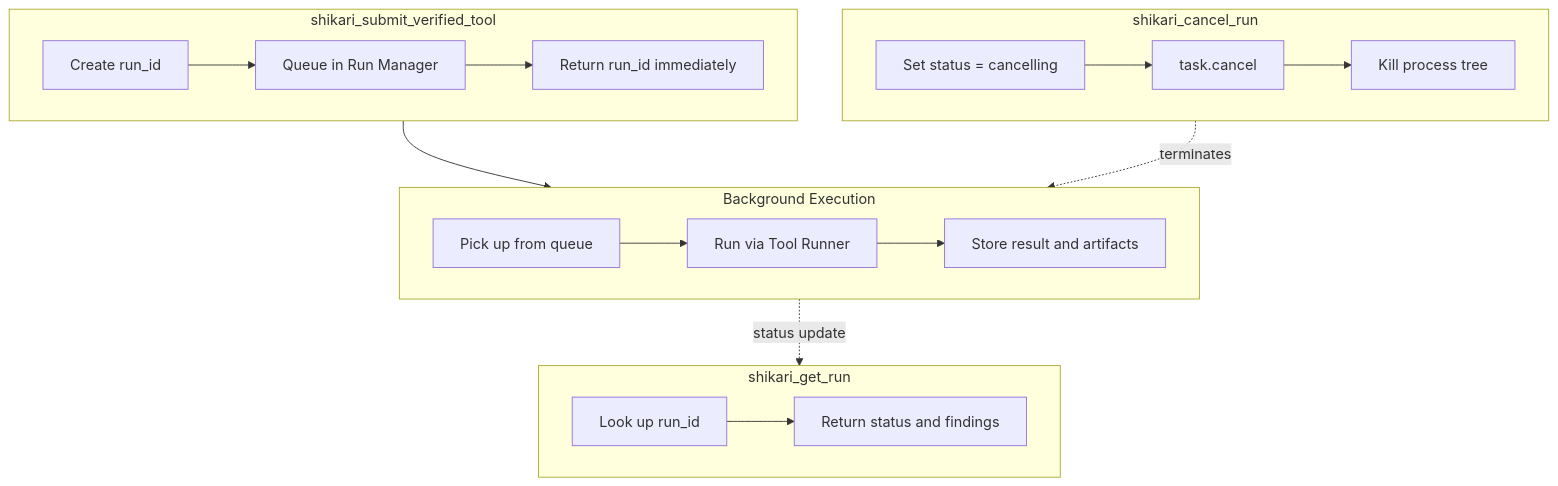
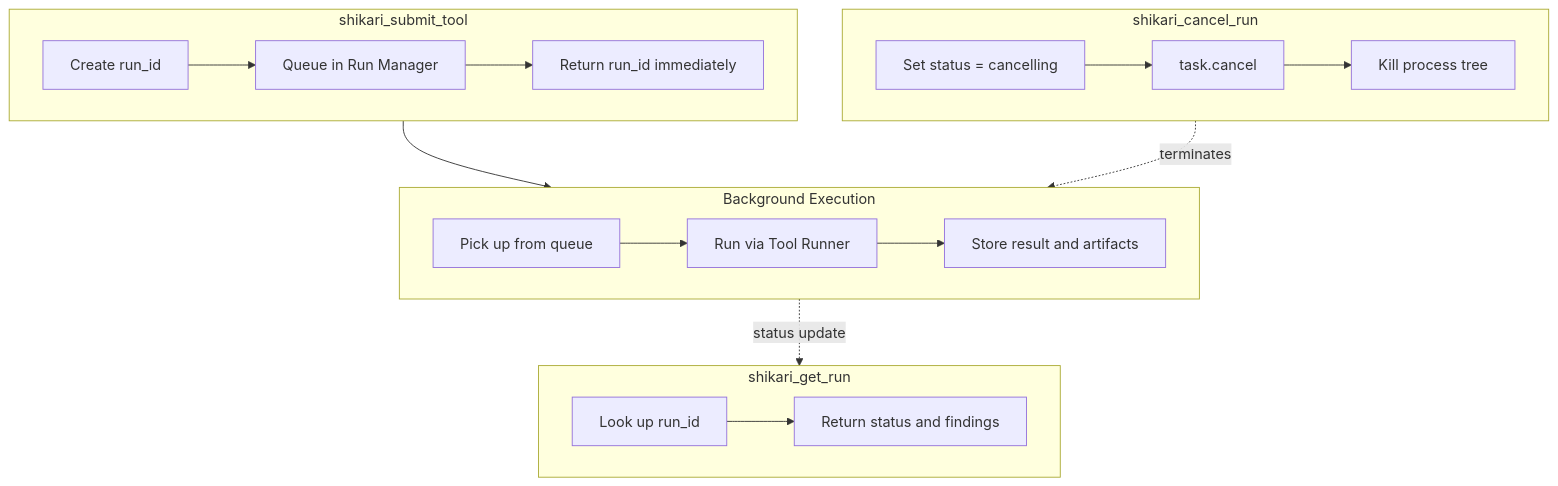
One commit to Zaeem20/ShikariMCP changed the fourth of 6 diagrams in docs/ARCHITECTURE.md. Above: the diagram before and after it, drawn with Mermaid. The commit also changed other lines of this file and 5 other files, not shown here.

````diff
--- a/docs/ARCHITECTURE.md
+++ b/docs/ARCHITECTURE.md
@@ -252,23 +252,23 @@
 ```mermaid
 flowchart TB
-    subgraph Submit["shikari_submit_verified_tool"]
+    subgraph Submit["shikari_submit_tool"]
         S1["Create run_id"] --> S2["Queue in Run Manager"] --> S3["Return run_id immediately"]
     end
 
     subgraph Execute["Background Execution"]
         E1["Pick up from queue"] --> E2["Run via Tool Runner"]
         E2 --> E3["Store result and artifacts"]
     end
 
     subgraph Poll["shikari_get_run"]
         P1["Look up run_id"] --> P2["Return status and findings"]
     end
 
     subgraph Cancel["shikari_cancel_run"]
         C1["Set status = cancelling"] --> C2["task.cancel"] --> C3["Kill process tree"]
     end
 
     Submit --> Execute
     Execute -.->|status update| Poll
     Cancel -.->|terminates| Execute
 ```
````
